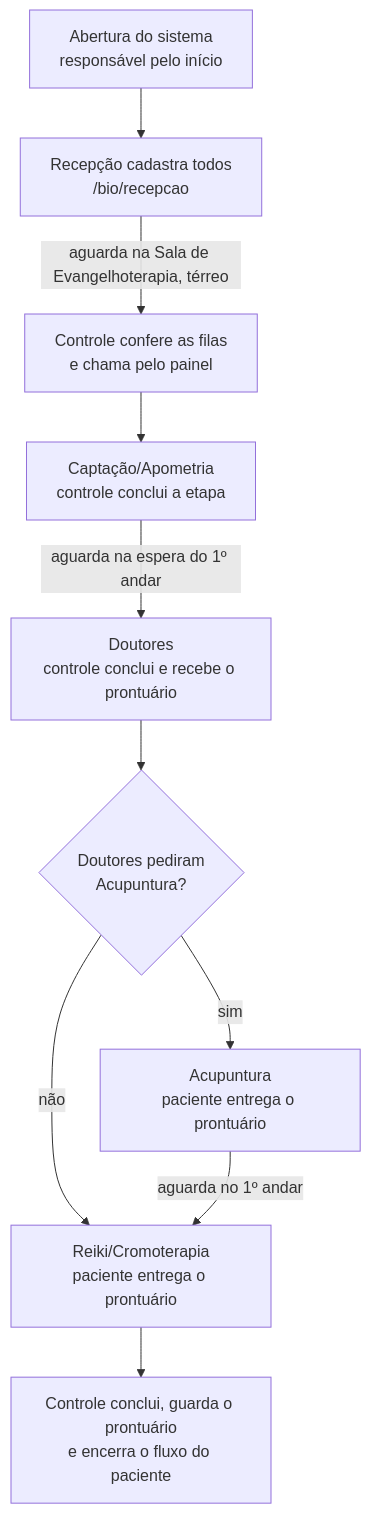
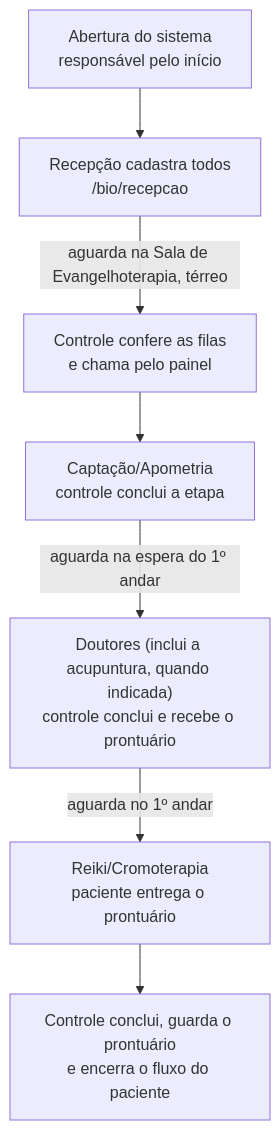
Before and after one commit to ZeRobertoMagalhaes/Gelf_Painel-chamadas-tv-filas: the diagram in docs/fluxos/fluxo-operacional-bio.md, drawn with Mermaid. The commit also changed other lines of this file and 70 other files, not shown here.

First line of the commit message:
Bio: acupuntura incorporada aos Doutores, relatório do atendimento em PDF e aviso dos prioritários

````diff
--- a/docs/fluxos/fluxo-operacional-bio.md
+++ b/docs/fluxos/fluxo-operacional-bio.md
@@ -8,12 +8,9 @@
 ```mermaid
 flowchart TD
     A[Abertura do sistema<br/>responsável pelo início] --> B[Recepção cadastra todos<br/>/bio/recepcao]
     B -->|aguarda na Sala de Evangelhoterapia, térreo| C[Controle confere as filas<br/>e chama pelo painel]
     C --> D[Captação/Apometria<br/>controle conclui a etapa]
-    D -->|aguarda na espera do 1º andar| E[Doutores<br/>controle conclui e recebe o prontuário]
-    E --> F{Doutores pediram<br/>Acupuntura?}
-    F -->|sim| G[Acupuntura<br/>paciente entrega o prontuário]
-    F -->|não| H
-    G -->|aguarda no 1º andar| H[Reiki/Cromoterapia<br/>paciente entrega o prontuário]
+    D -->|aguarda na espera do 1º andar| E["Doutores (inclui a acupuntura, quando indicada)<br/>controle conclui e recebe o prontuário"]
+    E -->|aguarda no 1º andar| H[Reiki/Cromoterapia<br/>paciente entrega o prontuário]
     H --> I[Controle conclui, guarda o prontuário<br/>e encerra o fluxo do paciente]
 ```
````
